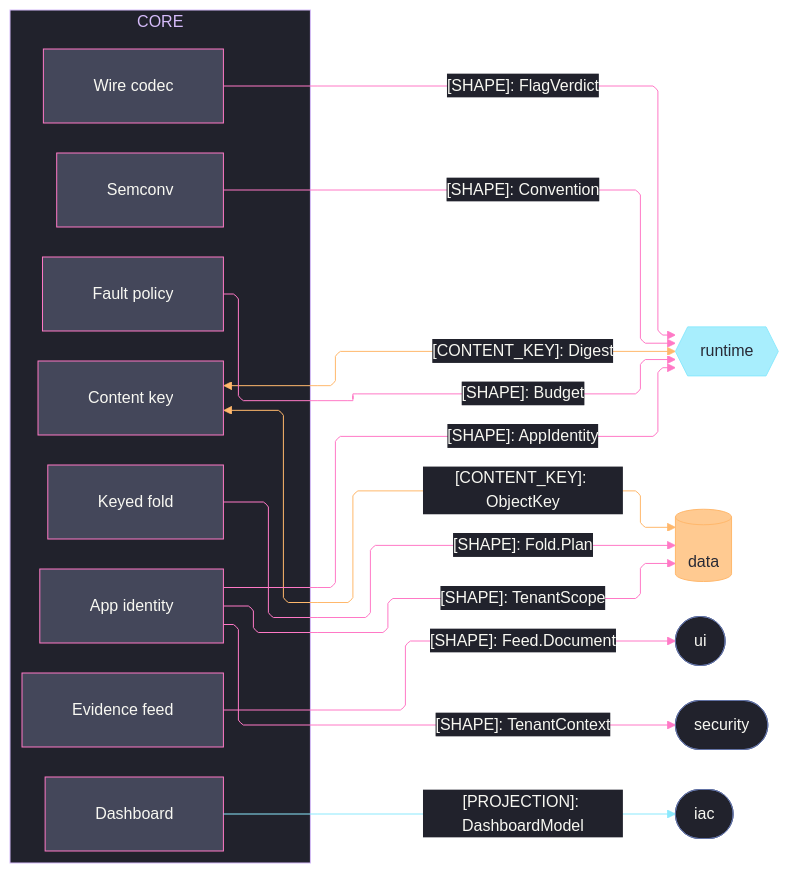
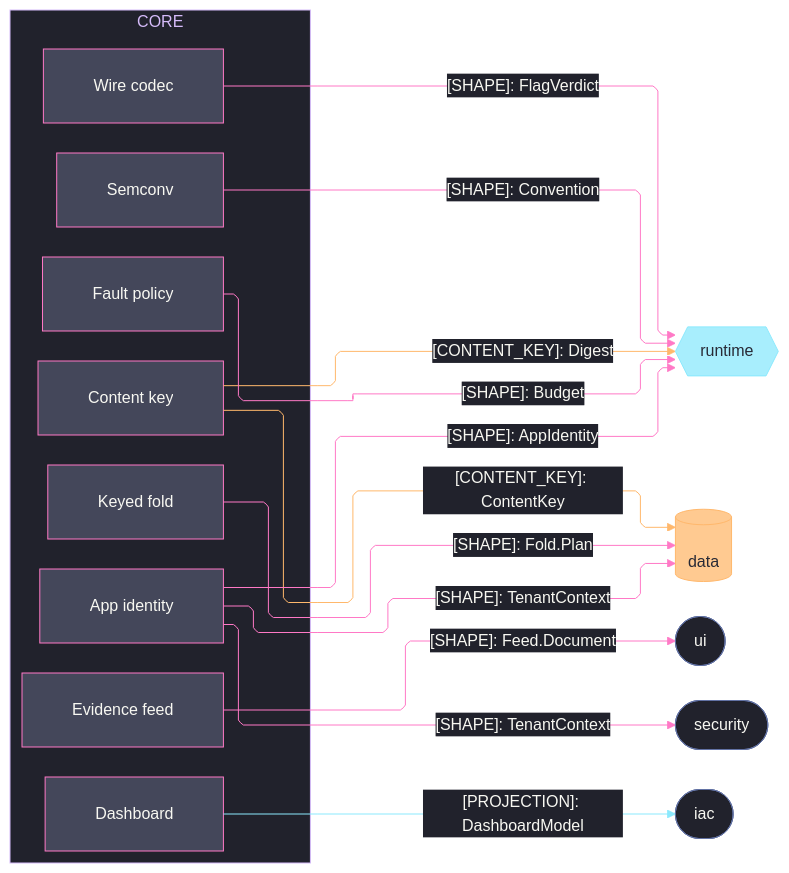
The third of 3 diagrams in libs/typescript/core/ARCHITECTURE.md (bsamiee/Rasm), drawn with Mermaid before and after one commit. The commit also changed other lines of this file and 24 other files, not shown here.

Commit message:
architecture: seam registries + codemaps aligned across the estate (worker fabric edges, scene rows, csharp/ts seam mirrors)

````diff
--- a/libs/typescript/core/ARCHITECTURE.md
+++ b/libs/typescript/core/ARCHITECTURE.md
@@ -116,71 +209,71 @@
 ```mermaid
 ---
 config:
   theme: base
   look: classic
   layout: elk
   flowchart:
     curve: linear
     padding: 25
   themeVariables:
     darkMode: true
     fontFamily: "SF Mono, Menlo, Cascadia Mono, Segoe UI Mono, Consolas, monospace"
     useGradient: false
     dropShadow: "none"
     background: "#282A36"
     primaryColor: "#44475A"
     primaryTextColor: "#F8F8F2"
     primaryBorderColor: "#BD93F9"
     lineColor: "#FF79C6"
     textColor: "#F8F8F2"
     clusterBkg: "#21222C"
     clusterBorder: "#D6BCFA"
     edgeLabelBackground: "#21222C"
     labelBackgroundColor: "#21222C"
     titleColor: "#D6BCFA"
   themeCSS: ".nodeLabel{font-size:13px;font-weight:500}.edgeLabel{font-size:12px;font-weight:500}.cluster-label .nodeLabel{font-size:13.5px;font-weight:700;letter-spacing:.08em}.edge-thickness-normal{stroke-width:2px}.edge-thickness-thick{stroke-width:3px}.edge-pattern-dashed,.edge-pattern-dotted{stroke-width:1.5px;stroke-dasharray:4 6}.node rect,.node circle,.node polygon,.node path,.node .outer-path{stroke-width:1.5px;filter:none!important}.cluster rect{stroke-width:1px!important;stroke-dasharray:5 4!important;filter:none!important}.marker path{transform:scale(.8);transform-origin:5px 5px}.marker circle{transform:scale(.48);transform-origin:5px 5px}.edgeLabel rect{transform-box:fill-box;transform-origin:center;transform:scale(1.1,1.2)}"
 ---
 flowchart LR
     accTitle: Core TypeScript sibling seam registry
     accDescr: Core value, state, interchange, and observe owners handing content identity and decoded shapes to the data, runtime, ui, security, and iac siblings, edge rails colored by kind and nodes classed by seam direction.
     subgraph core[CORE]
         ContentKey[Content key]
         Codec[Wire codec]
         Fold[Keyed fold]
         Feed[Evidence feed]
         Identity[App identity]
         Fault[Fault policy]
         Convention[Semconv]
         Board[Dashboard]
     end
     Runtime{{runtime}}
     Data[(data)]
     Ui([ui])
     Security([security])
     Iac([iac])
-    ContentKey e1@<-->|"[CONTENT_KEY]: ObjectKey"| Data
-    ContentKey e2@<-->|"[CONTENT_KEY]: Digest"| Runtime
+    ContentKey e1@-->|"[CONTENT_KEY]: ContentKey"| Data
+    ContentKey e2@-->|"[CONTENT_KEY]: Digest"| Runtime
     Codec e3@-->|"[SHAPE]: FlagVerdict"| Runtime
     Fold e4@-->|"[SHAPE]: Fold.Plan"| Data
     Feed e5@-->|"[SHAPE]: Feed.Document"| Ui
     Identity e6@-->|"[SHAPE]: TenantContext"| Security
-    Identity e7@-->|"[SHAPE]: TenantScope"| Data
+    Identity e7@-->|"[SHAPE]: TenantContext"| Data
     Identity e8@-->|"[SHAPE]: AppIdentity"| Runtime
     Fault e9@-->|"[SHAPE]: Budget"| Runtime
     Convention e10@-->|"[SHAPE]: Convention"| Runtime
     Board e11@-->|"[PROJECTION]: DashboardModel"| Iac
     classDef primary fill:#44475A,stroke:#FF79C6,color:#F8F8F2
     classDef external fill:#8BE9FDBF,stroke:#8BE9FD,color:#282A36
     classDef data fill:#FFB86CBF,stroke:#FFB86C,color:#282A36
     classDef annotation fill:#21222C,stroke:#6272A4,color:#F8F8F2
     classDef edgeData stroke:#FFB86C,color:#F8F8F2
     classDef edgeControl stroke:#FF79C6,color:#F8F8F2
     classDef edgeExternal stroke:#8BE9FD,color:#F8F8F2
     class ContentKey,Codec,Fold,Feed,Identity,Fault,Convention,Board primary
     class Runtime external
     class Data data
     class Ui,Security,Iac annotation
     class e1,e2 edgeData
     class e3,e4,e5,e6,e7,e8,e9,e10 edgeControl
     class e11 edgeExternal
 ```
````
